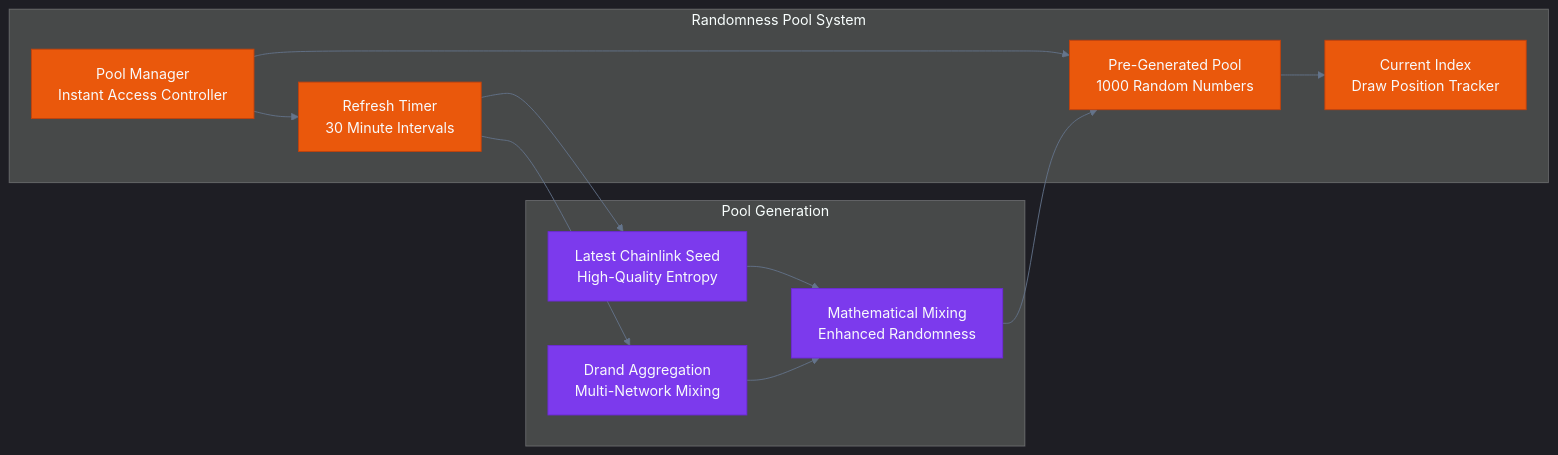
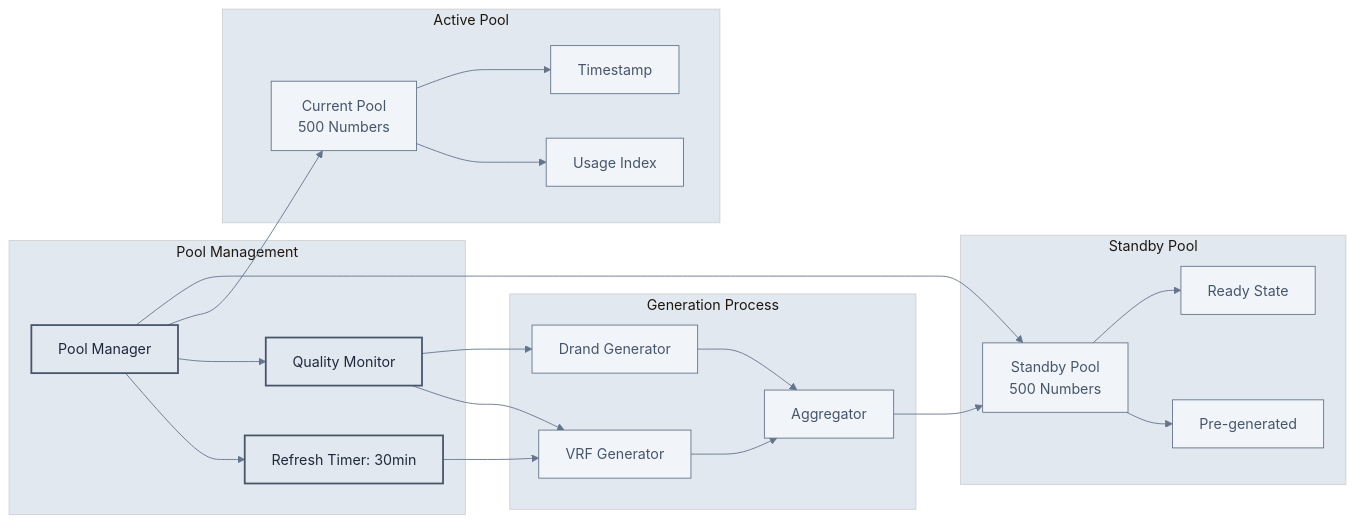
One commit to wenakita/sonicreddragon-docs changed the fourth of 8 diagrams in docs/contracts/core/randomness-provider.md. Above: the diagram before and after it, drawn with Mermaid. The commit also changed other lines of this file and 3 other files, not shown here.

````diff
--- a/docs/contracts/core/randomness-provider.md
+++ b/docs/contracts/core/randomness-provider.md
@@ -258,39 +233,66 @@
 ```mermaid
 %%{init: {
-  'theme': 'dark',
+  'theme': 'base',
   'themeVariables': {
-    'primaryColor': '#ea580c',
-    'primaryTextColor': '#f8fafc',
-    'lineColor': '#64748b'
+    'primaryColor': '#f8fafc',
+    'primaryTextColor': '#334155',
+    'primaryBorderColor': '#64748b',
+    'lineColor': '#64748b',
+    'secondaryColor': '#f1f5f9',
+    'tertiaryColor': '#e2e8f0'
   }
 }}%%
+
 graph LR
-    subgraph "Randomness Pool System"
-        A["Pool Manager<br/>Instant Access Controller"]
-        B["Pre-Generated Pool<br/>1000 Random Numbers"]
-        C["Current Index<br/>Draw Position Tracker"]
-        D["Refresh Timer<br/>30 Minute Intervals"]
+    subgraph "Pool Management"
+        PM[Pool Manager]
+        RF[Refresh Timer: 30min]
+        QM[Quality Monitor]
     end
     
-    subgraph "Pool Generation"
-        E["Latest Chainlink Seed<br/>High-Quality Entropy"]
-        F["Drand Aggregation<br/>Multi-Network Mixing"]
-        G["Mathematical Mixing<br/>Enhanced Randomness"]
+    subgraph "Active Pool"
+        AP[Current Pool<br/>500 Numbers]
+        UI[Usage Index]
+        TS[Timestamp]
     end
     
-    A --> B
-    B --> C
-    A --> D
+    subgraph "Standby Pool"
+        SP[Standby Pool<br/>500 Numbers]
+        PS[Pre-generated]
+        RD[Ready State]
+    end
     
-    D --> E
-    D --> F
-    E --> G
-    F --> G
-    G --> B
+    subgraph "Generation Process"
+        VG[VRF Generator]
+        DG[Drand Generator]
+        AG[Aggregator]
+    end
     
-    classDef pool fill:#ea580c,stroke:#c2410c,color:#f8fafc
-    classDef generation fill:#7c3aed,stroke:#6d28d9,color:#f8fafc
+    PM --> RF
+    PM --> QM
+    PM --> AP
+    PM --> SP
     
-    class A,B,C,D pool
-    class E,F,G generation
+    RF --> VG
+    VG --> AG
+    DG --> AG
+    AG --> SP
+    
+    AP --> UI
+    AP --> TS
+    
+    SP --> PS
+    SP --> RD
+    
+    QM --> VG
+    QM --> DG
+
+    classDef default fill:#f8fafc,stroke:#64748b,stroke-width:2px,color:#334155
+    classDef management fill:#e2e8f0,stroke:#475569,stroke-width:2px,color:#1e293b
+    classDef pool fill:#f1f5f9,stroke:#64748b,stroke-width:1px,color:#475569
+    classDef generation fill:#f1f5f9,stroke:#64748b,stroke-width:1px,color:#475569
+    
+    class PM,RF,QM management
+    class AP,UI,TS,SP,PS,RD pool
+    class VG,DG,AG generation
 ```
````
